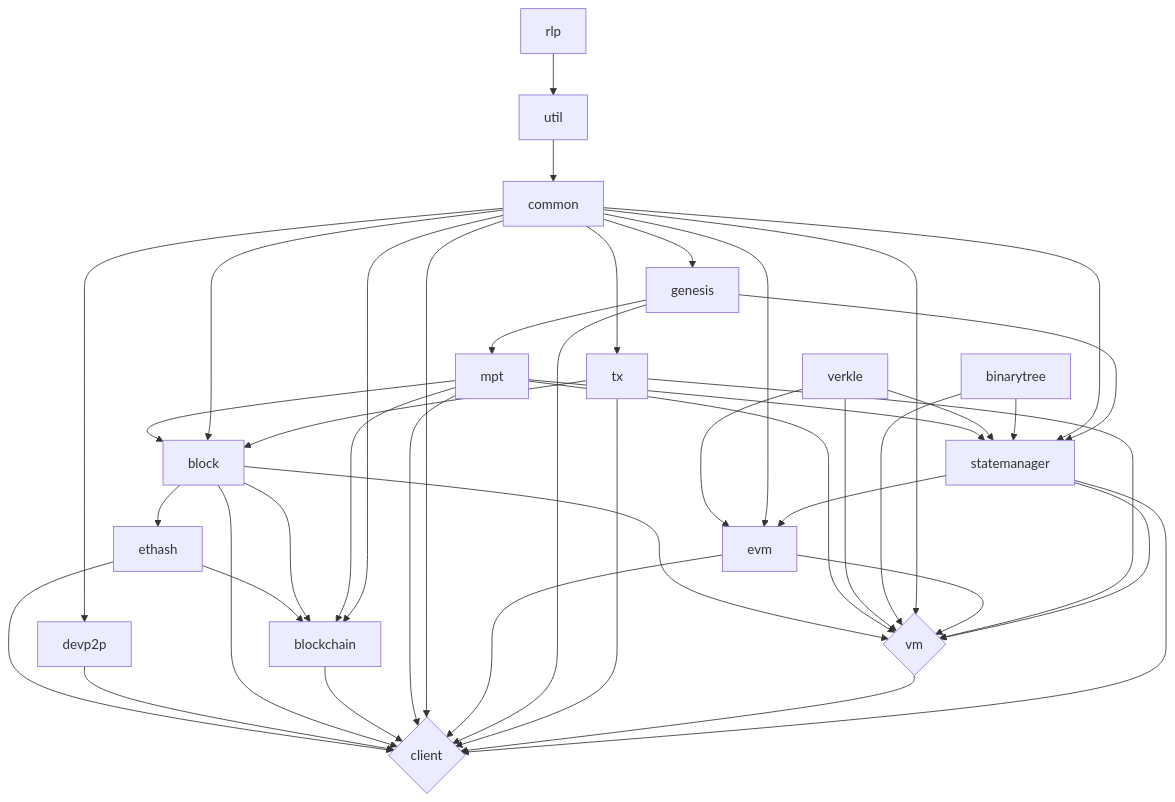
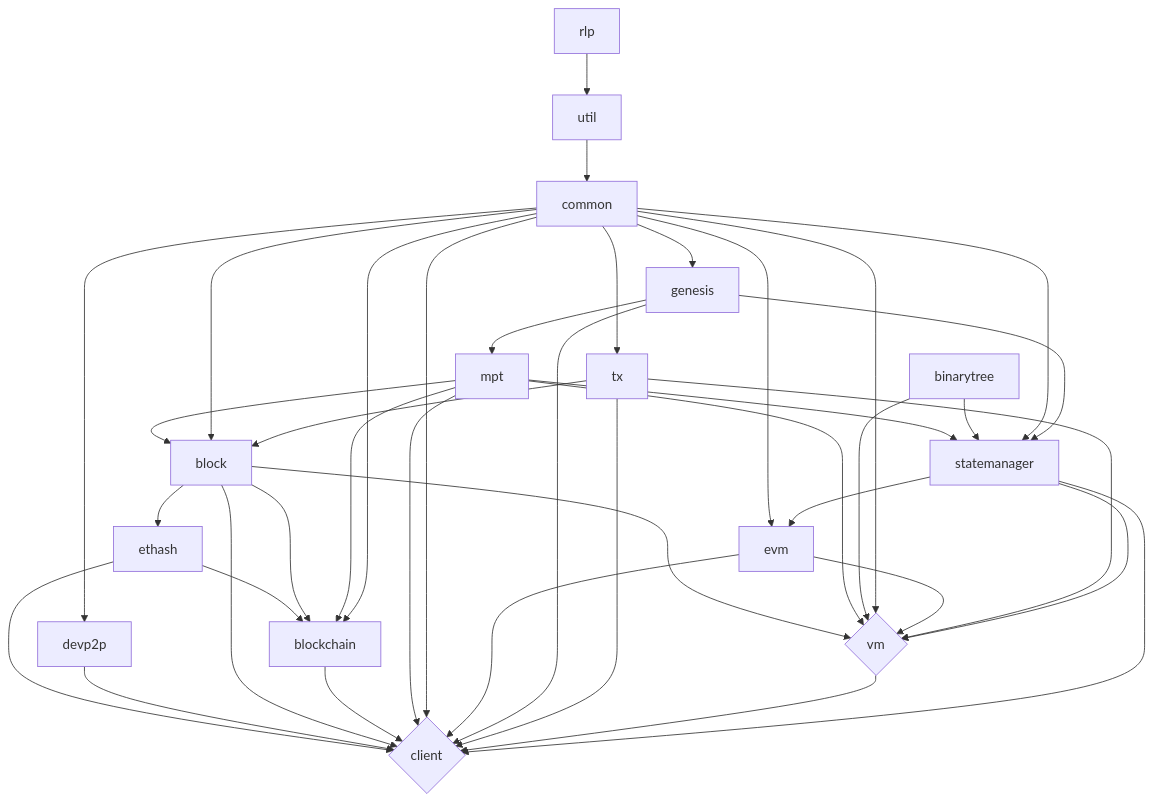
The diagram in README.md (ethereumjs/ethereumjs-monorepo), drawn with Mermaid before and after one commit. The commit also changed other lines of this file and 163 other files, not shown here.

````diff
--- a/README.md
+++ b/README.md
@@ -113,46 +112,43 @@
 ```mermaid
  graph TD
    vm{vm}
    client{client}
    ethash --> blockchain
    ethash --> client
    devp2p --> client
    block --> client
    block --> blockchain
    block --> ethash
    block --> vm
    blockchain --> client
    mpt --> client
    mpt --> vm
    mpt --> blockchain
    mpt --> block
    mpt --> statemanager
-   verkle --> vm
-   verkle --> evm
-   verkle --> statemanager
    binarytree --> vm
    binarytree --> statemanager
    util --> common
    common --> block
    common --> statemanager
    common --> tx
    common --> blockchain
    common --> vm
    common --> evm
    common --> client
    common --> devp2p
    common --> genesis
    evm --> vm
    evm --> client
    genesis --> client
    genesis --> statemanager
    genesis --> mpt
    tx --> block
    tx --> vm
    tx --> client
    vm --> client
    rlp --> util
    statemanager --> evm
    statemanager --> vm
    statemanager --> client
 ```
````
